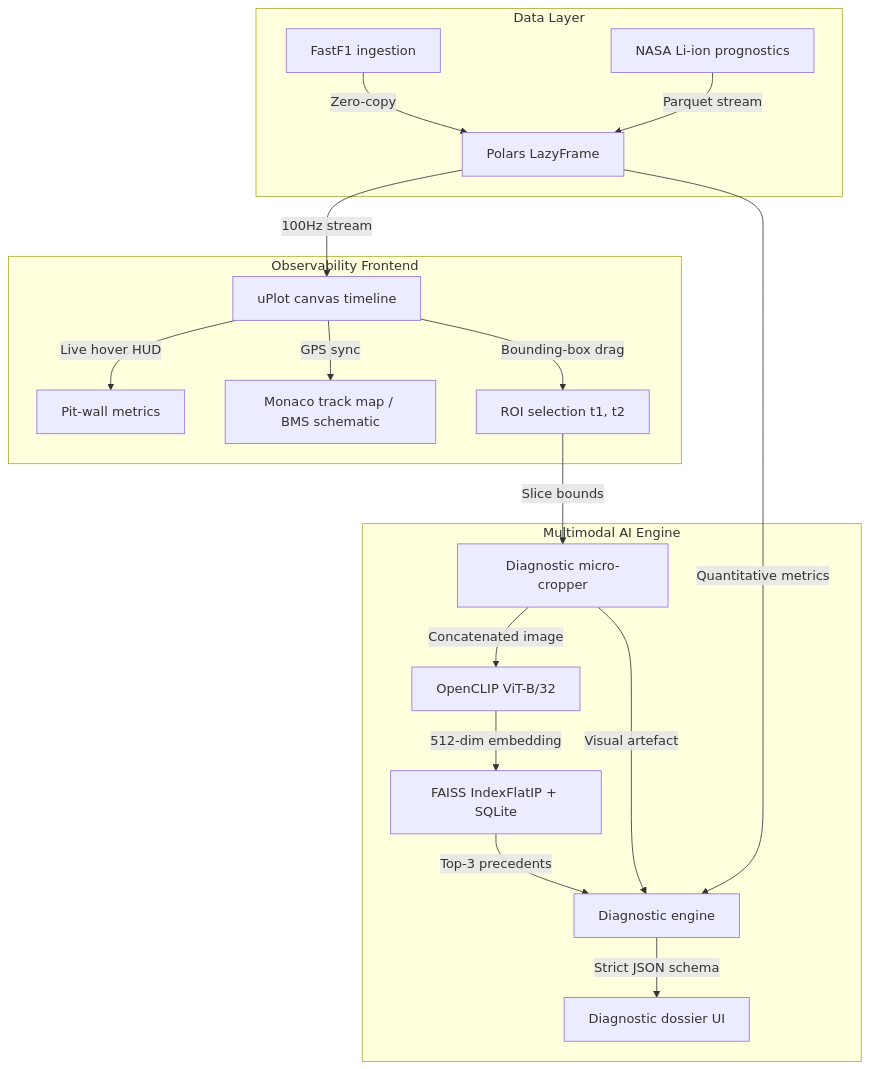
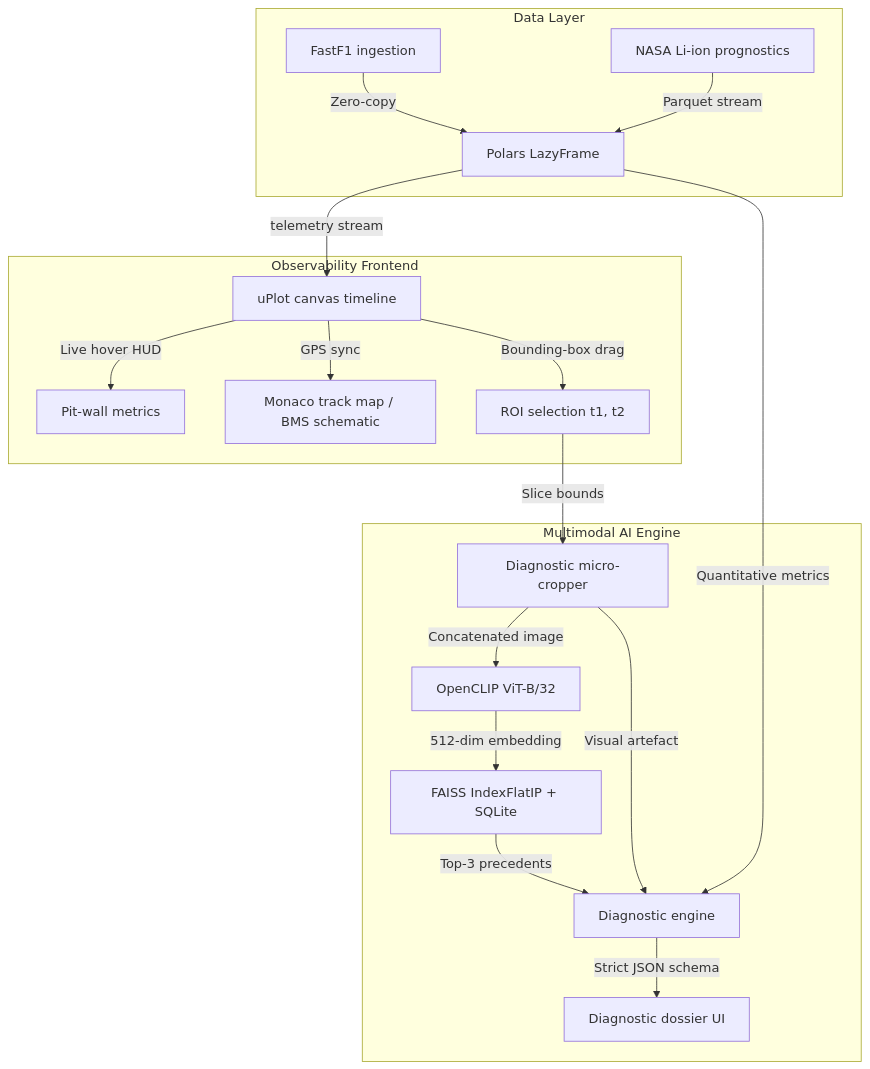
The diagram in README.md (KURO-1125/Overcut.ai), drawn with Mermaid before and after one commit. The commit also changed other lines of this file and 16 other files, not shown here.

````diff
--- a/README.md
+++ b/README.md
@@ -66,24 +79,24 @@
 ```mermaid
 graph TD
     subgraph Data Layer
         F1[FastF1 ingestion] -->|Zero-copy| POL[Polars LazyFrame]
         NASA[NASA Li-ion prognostics] -->|Parquet stream| POL
     end
 
     subgraph Observability Frontend
-        POL -->|100Hz stream| UPLOT[uPlot canvas timeline]
+        POL -->|telemetry stream| UPLOT[uPlot canvas timeline]
         UPLOT -->|Live hover HUD| HUD[Pit-wall metrics]
         UPLOT -->|GPS sync| MAP[Monaco track map / BMS schematic]
         UPLOT -->|Bounding-box drag| ROI[ROI selection t1, t2]
     end
 
     subgraph Multimodal AI Engine
         ROI -->|Slice bounds| CROP[Diagnostic micro-cropper]
         CROP -->|Concatenated image| CLIP[OpenCLIP ViT-B/32]
         CLIP -->|512-dim embedding| FAISS[FAISS IndexFlatIP + SQLite]
         FAISS -->|Top-3 precedents| DIAG[Diagnostic engine]
         CROP -->|Visual artefact| DIAG
         POL -->|Quantitative metrics| DIAG
         DIAG -->|Strict JSON schema| CARD[Diagnostic dossier UI]
     end
 ```
````
